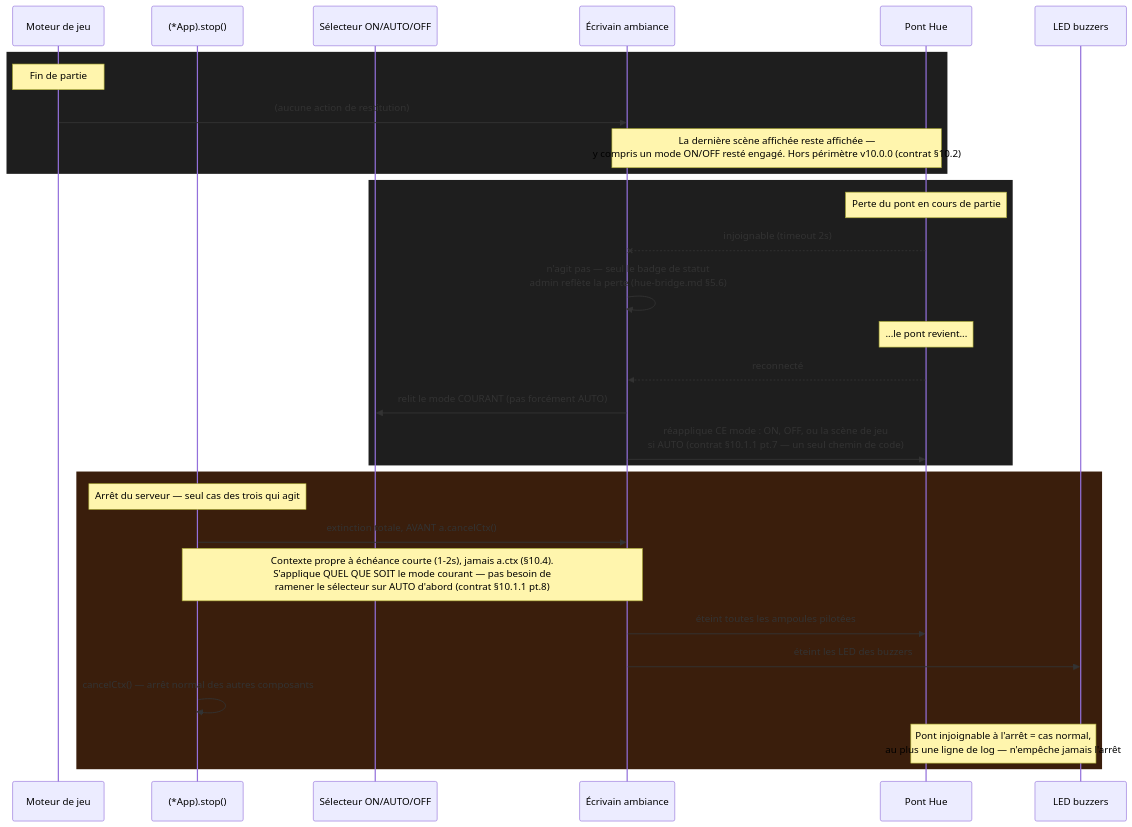
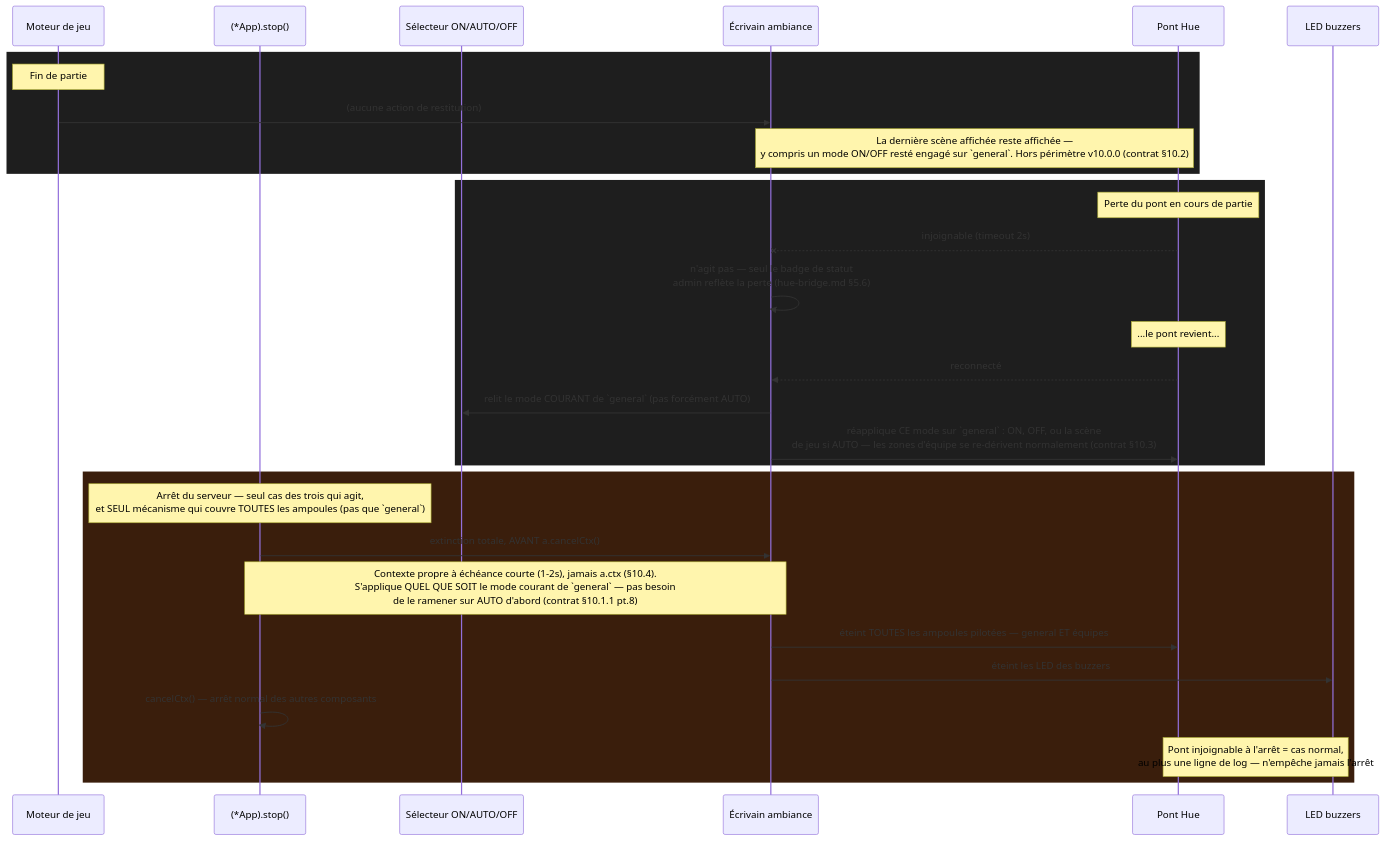
Before and after one commit to CCoupel/BuzzMaster: the fourth of 4 diagrams in docs/mockups/lighting-priority-208.md, drawn with Mermaid. The commit also changed other lines of this file, not shown here.

First line of the commit message:
docs(mockups): Scope priority diagrams to general zone, live regie tool (#208)

````diff
--- a/docs/mockups/lighting-priority-208.md
+++ b/docs/mockups/lighting-priority-208.md
@@ -85,35 +132,35 @@
 ```mermaid
 sequenceDiagram
     participant Game as Moteur de jeu
     participant App as (*App).stop()
     participant Sel as Sélecteur ON/AUTO/OFF
     participant Writer as Écrivain ambiance
     participant Hue as Pont Hue
     participant Buzz as LED buzzers
 
     rect rgb(30, 30, 30)
     Note over Game: Fin de partie
     Game->>Writer: (aucune action de restitution)
-    Note over Writer,Hue: La dernière scène affichée reste affichée —<br/>y compris un mode ON/OFF resté engagé. Hors périmètre v10.0.0 (contrat §10.2)
+    Note over Writer,Hue: La dernière scène affichée reste affichée —<br/>y compris un mode ON/OFF resté engagé sur `general`. Hors périmètre v10.0.0 (contrat §10.2)
     end
 
     rect rgb(30, 30, 30)
     Note over Hue: Perte du pont en cours de partie
     Hue--xWriter: injoignable (timeout 2s)
     Writer->>Writer: n'agit pas — seul le badge de statut<br/>admin reflète la perte (hue-bridge.md §5.6)
     Note over Hue: ...le pont revient...
     Hue-->>Writer: reconnecté
-    Writer->>Sel: relit le mode COURANT (pas forcément AUTO)
-    Writer->>Hue: réapplique CE mode : ON, OFF, ou la scène de jeu<br/>si AUTO (contrat §10.1.1 pt.7 — un seul chemin de code)
+    Writer->>Sel: relit le mode COURANT de `general` (pas forcément AUTO)
+    Writer->>Hue: réapplique CE mode sur `general` : ON, OFF, ou la scène<br/>de jeu si AUTO — les zones d'équipe se re-dérivent normalement (contrat §10.3)
     end
 
     rect rgb(58, 30, 12)
-    Note over App: Arrêt du serveur — seul cas des trois qui agit
+    Note over App: Arrêt du serveur — seul cas des trois qui agit,<br/>et SEUL mécanisme qui couvre TOUTES les ampoules (pas que `general`)
     App->>Writer: extinction totale, AVANT a.cancelCtx()
-    Note over App,Writer: Contexte propre à échéance courte (1-2s), jamais a.ctx (§10.4).<br/>S'applique QUEL QUE SOIT le mode courant — pas besoin de<br/>ramener le sélecteur sur AUTO d'abord (contrat §10.1.1 pt.8)
-    Writer->>Hue: éteint toutes les ampoules pilotées
+    Note over App,Writer: Contexte propre à échéance courte (1-2s), jamais a.ctx (§10.4).<br/>S'applique QUEL QUE SOIT le mode courant de `general` — pas besoin<br/>de le ramener sur AUTO d'abord (contrat §10.1.1 pt.8)
+    Writer->>Hue: éteint TOUTES les ampoules pilotées — general ET équipes
     Writer->>Buzz: éteint les LED des buzzers
     App->>App: cancelCtx() — arrêt normal des autres composants
     Note over Hue,Buzz: Pont injoignable à l'arrêt = cas normal,<br/>au plus une ligne de log — n'empêche jamais l'arrêt
     end
 ```
````
